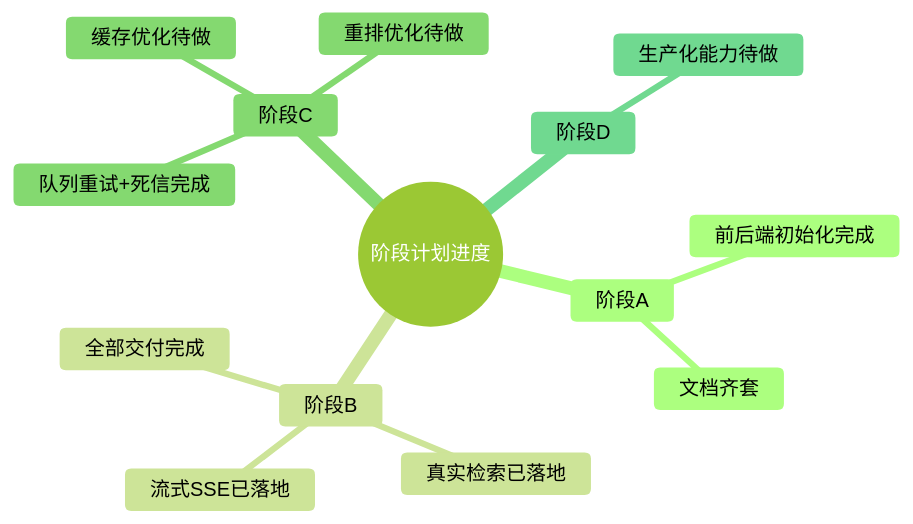
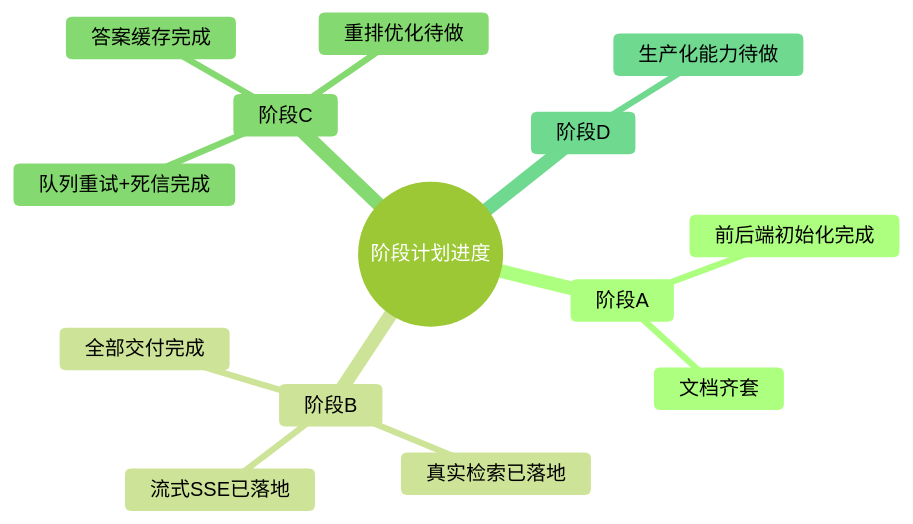
One commit to ley-Ning/rag-demo changed the diagram in docs/roadmap/阶段计划.md. Above: the diagram before and after it, drawn with Mermaid (forest theme). The commit also changed other lines of this file and 14 other files, not shown here.

````diff
--- a/docs/roadmap/阶段计划.md
+++ b/docs/roadmap/阶段计划.md
@@ -68,17 +68,17 @@
 ```mermaid
 mindmap
   root((阶段计划进度))
     阶段A
       前后端初始化完成
       文档齐套
     阶段B
       全部交付完成
       真实检索已落地
       流式SSE已落地
     阶段C
       队列重试+死信完成
-      缓存优化待做
+      答案缓存完成
       重排优化待做
     阶段D
       生产化能力待做
 ```
````
